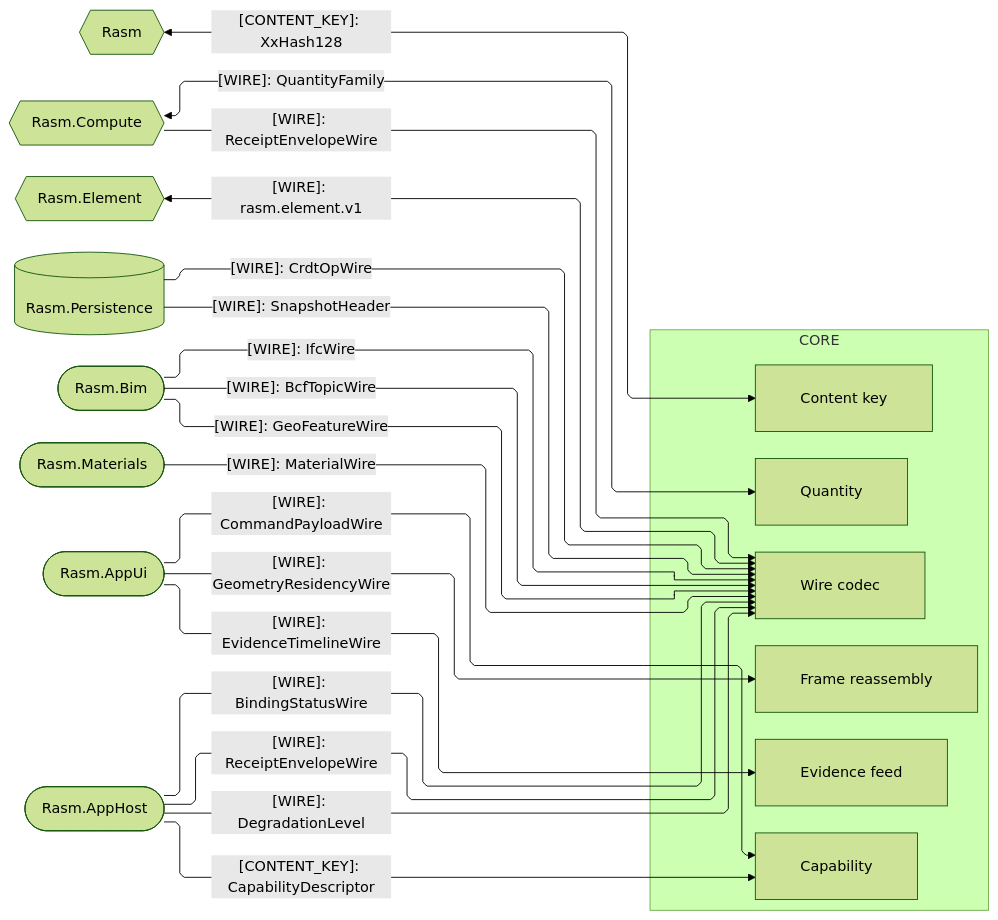
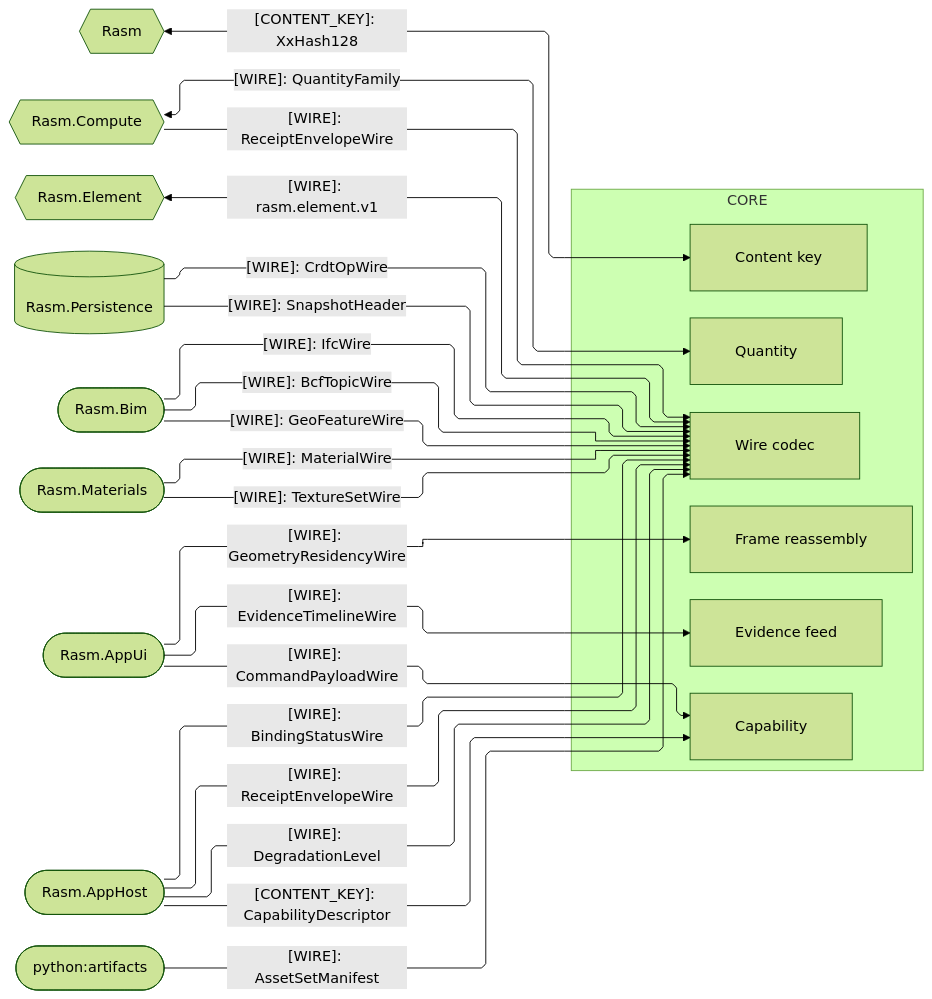
Before and after one commit to bsamiee/Rasm: the second of 3 diagrams in libs/typescript/core/ARCHITECTURE.md, drawn with Mermaid (forest theme). The commit also changed other lines of this file and 236 other files, not shown here.

````diff
--- a/libs/typescript/core/ARCHITECTURE.md
+++ b/libs/typescript/core/ARCHITECTURE.md
@@ -116,45 +116,48 @@
 ```mermaid
 ---
 config:
   layout: elk
   flowchart:
     curve: linear
     padding: 25
 ---
 flowchart LR
-    accTitle: Core C# wire-plane seam registry
-    accDescr: Core owners decoding kinded wires spelled verbatim from the owning C# endpoint pages, one edge per landed family.
+    accTitle: Core wire-plane seam registry
+    accDescr: Core owners decoding kinded wires spelled verbatim from the owning peer endpoint pages — C# packages and the python artifacts producer — one edge per landed family.
     subgraph core[CORE]
         ContentKey[Content key]
         Quantity[Quantity]
         Codec[Wire codec]
         Feed[Evidence feed]
         Frame[Frame reassembly]
         Invoke[Capability]
     end
     Rasm{{Rasm}}
     Compute{{Rasm.Compute}}
     Element{{Rasm.Element}}
     Persistence[(Rasm.Persistence)]
     Bim([Rasm.Bim])
     Materials([Rasm.Materials])
     AppUi([Rasm.AppUi])
     AppHost([Rasm.AppHost])
+    Artifacts([python:artifacts])
     Rasm e1@<-->|"[CONTENT_KEY]: XxHash128"| ContentKey
     Compute e2@<-->|"[WIRE]: QuantityFamily"| Quantity
     Compute e3@-->|"[WIRE]: ReceiptEnvelopeWire"| Codec
     Element e4@<-->|"[WIRE]: rasm.element.v1"| Codec
     Persistence e5@-->|"[WIRE]: CrdtOpWire"| Codec
     Persistence e6@-->|"[WIRE]: SnapshotHeader"| Codec
     Bim e7@-->|"[WIRE]: IfcWire"| Codec
     Bim e8@-->|"[WIRE]: BcfTopicWire"| Codec
     Bim e9@-->|"[WIRE]: GeoFeatureWire"| Codec
     Materials e10@-->|"[WIRE]: MaterialWire"| Codec
+    Materials e18@-->|"[WIRE]: TextureSetWire"| Codec
+    Artifacts e19@-->|"[WIRE]: AssetSetManifest"| Codec
     AppUi e11@-->|"[WIRE]: CommandPayloadWire"| Invoke
     AppUi e12@-->|"[WIRE]: GeometryResidencyWire"| Frame
     AppUi e13@-->|"[WIRE]: EvidenceTimelineWire"| Feed
     AppHost e14@-->|"[CONTENT_KEY]: CapabilityDescriptor"| Invoke
     AppHost e15@-->|"[WIRE]: ReceiptEnvelopeWire"| Codec
     AppHost e16@-->|"[WIRE]: DegradationLevel"| Codec
     AppHost e17@-->|"[WIRE]: BindingStatusWire"| Codec
 ```
````
